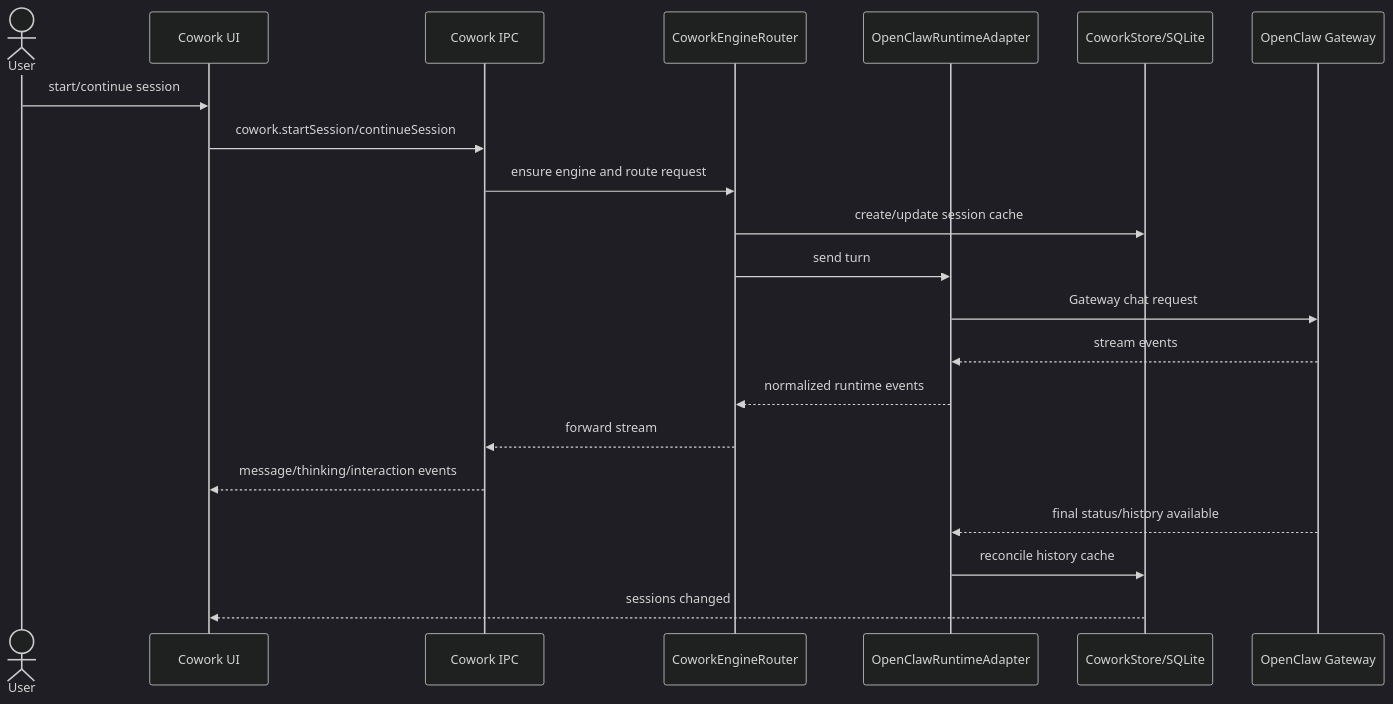
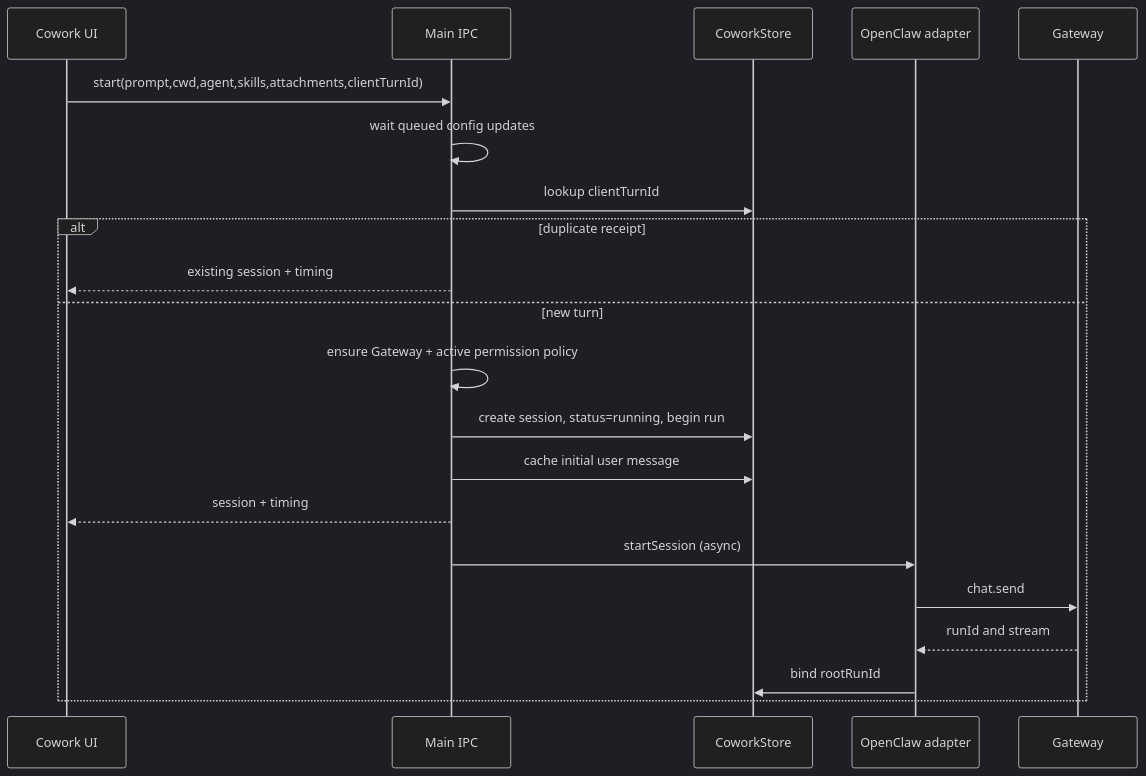
The first of 2 diagrams in docs/architecture/04-cowork-system.md (liangxhao/JustDo), drawn with Mermaid (dark theme) before and after one commit. The commit also changed other lines of this file and 29 other files, not shown here.

````diff
--- a/docs/architecture/04-cowork-system.md
+++ b/docs/architecture/04-cowork-system.md
@@ -21,24 +49,23 @@
 ```mermaid
 sequenceDiagram
-  actor User
   participant UI as Cowork UI
-  participant IPC as Cowork IPC
-  participant Router as CoworkEngineRouter
-  participant Adapter as OpenClawRuntimeAdapter
-  participant Store as CoworkStore/SQLite
-  participant GW as OpenClaw Gateway
-
-  User->>UI: start/continue session
-  UI->>IPC: cowork.startSession/continueSession
-  IPC->>Router: ensure engine and route request
-  Router->>Store: create/update session cache
-  Router->>Adapter: send turn
-  Adapter->>GW: Gateway chat request
-  GW-->>Adapter: stream events
-  Adapter-->>Router: normalized runtime events
-  Router-->>IPC: forward stream
-  IPC-->>UI: message/thinking/interaction events
-  GW-->>Adapter: final status/history available
-  Adapter->>Store: reconcile history cache
-  Store-->>UI: sessions changed
+  participant IPC as Main IPC
+  participant DB as CoworkStore
+  participant RT as OpenClaw adapter
+  participant GW as Gateway
+  UI->>IPC: start(prompt,cwd,agent,skills,attachments,clientTurnId)
+  IPC->>IPC: wait queued config updates
+  IPC->>DB: lookup clientTurnId
+  alt duplicate receipt
+    IPC-->>UI: existing session + timing
+  else new turn
+    IPC->>IPC: ensure Gateway + active permission policy
+    IPC->>DB: create session, status=running, begin run
+    IPC->>DB: cache initial user message
+    IPC-->>UI: session + timing
+    IPC->>RT: startSession (async)
+    RT->>GW: chat.send
+    GW-->>RT: runId and stream
+    RT->>DB: bind rootRunId
+  end
 ```
````
